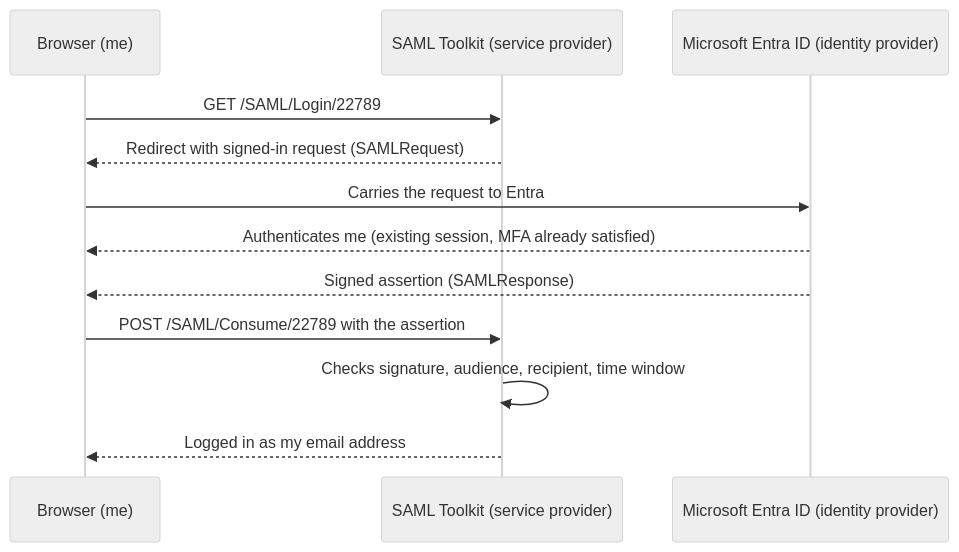
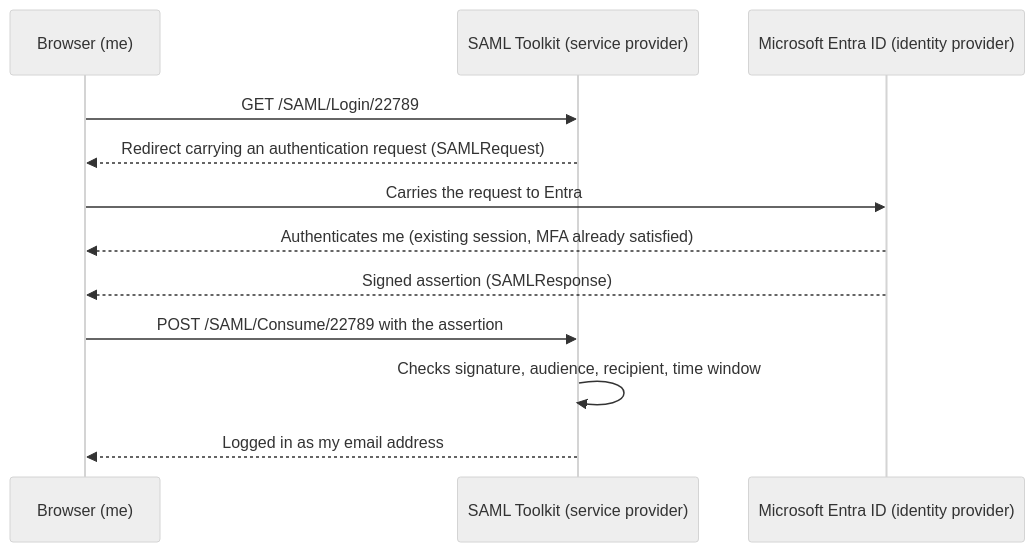
The diagram in README.md (rogersombe/Entra-SAML-Lab), drawn with Mermaid (neutral theme) before and after one commit.

````diff
--- a/README.md
+++ b/README.md
@@ -13,14 +13,14 @@
 ```mermaid
 sequenceDiagram
     participant B as Browser (me)
     participant SP as SAML Toolkit (service provider)
     participant IdP as Microsoft Entra ID (identity provider)
     B->>SP: GET /SAML/Login/22789
-    SP-->>B: Redirect with signed-in request (SAMLRequest)
+    SP-->>B: Redirect carrying an authentication request (SAMLRequest)
     B->>IdP: Carries the request to Entra
     IdP-->>B: Authenticates me (existing session, MFA already satisfied)
     IdP-->>B: Signed assertion (SAMLResponse)
     B->>SP: POST /SAML/Consume/22789 with the assertion
     SP->>SP: Checks signature, audience, recipient, time window
     SP-->>B: Logged in as my email address
 ```
````
